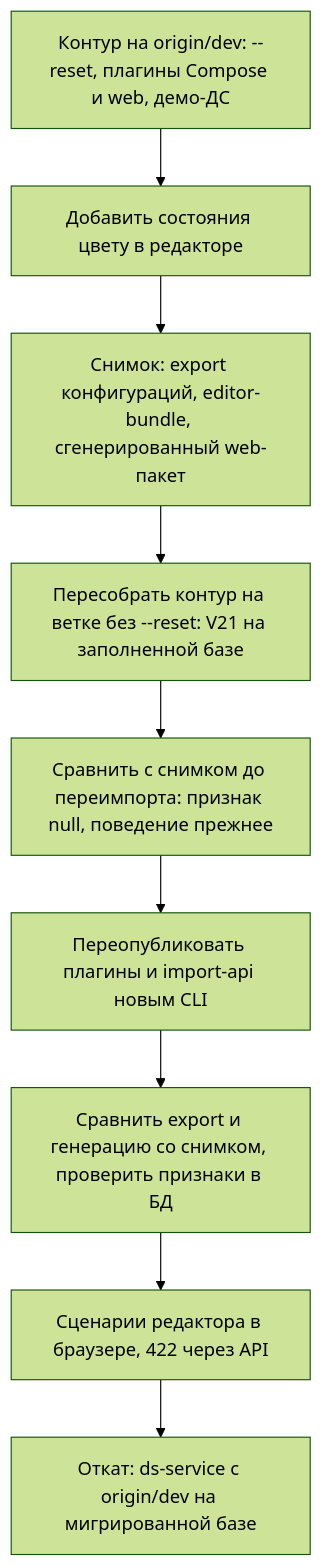
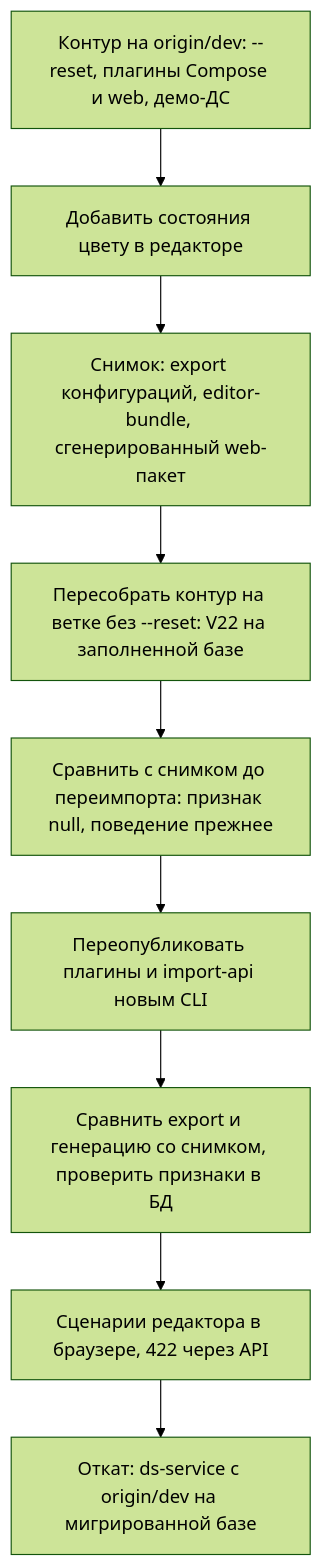
One commit to salute-developers/design-system-builder changed the second of 2 diagrams in openspec/changes/add-property-state-support/design.md. Above: the diagram before and after it, drawn with Mermaid (forest theme). The commit also changed other lines of this file and 63 other files, not shown here.

````diff
--- a/openspec/changes/add-property-state-support/design.md
+++ b/openspec/changes/add-property-state-support/design.md
@@ -428,11 +434,11 @@
 ```mermaid
 flowchart TD
     A["Контур на origin/dev: --reset, плагины Compose и web, демо-ДС"] --> B["Добавить состояния цвету в редакторе"]
     B --> C["Снимок: export конфигураций, editor-bundle, сгенерированный web-пакет"]
-    C --> D["Пересобрать контур на ветке без --reset: V21 на заполненной базе"]
+    C --> D["Пересобрать контур на ветке без --reset: V22 на заполненной базе"]
     D --> E["Сравнить с снимком до переимпорта: признак null, поведение прежнее"]
     E --> F["Переопубликовать плагины и import-api новым CLI"]
     F --> G["Сравнить export и генерацию со снимком, проверить признаки в БД"]
     G --> H["Сценарии редактора в браузере, 422 через API"]
     H --> I["Откат: ds-service с origin/dev на мигрированной базе"]
 ```
````
